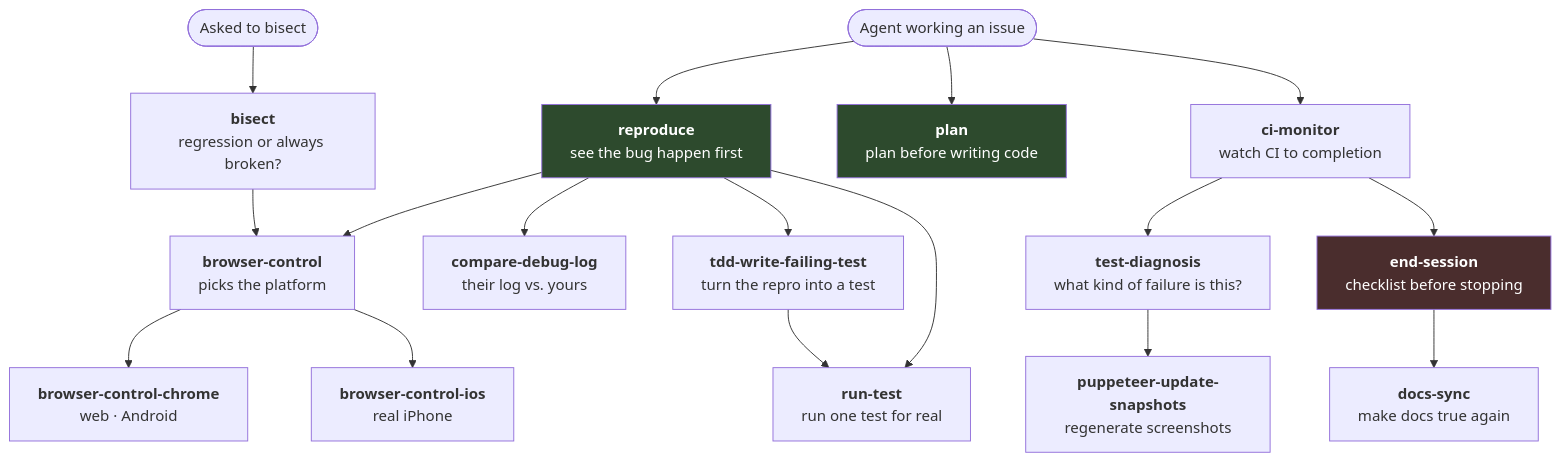
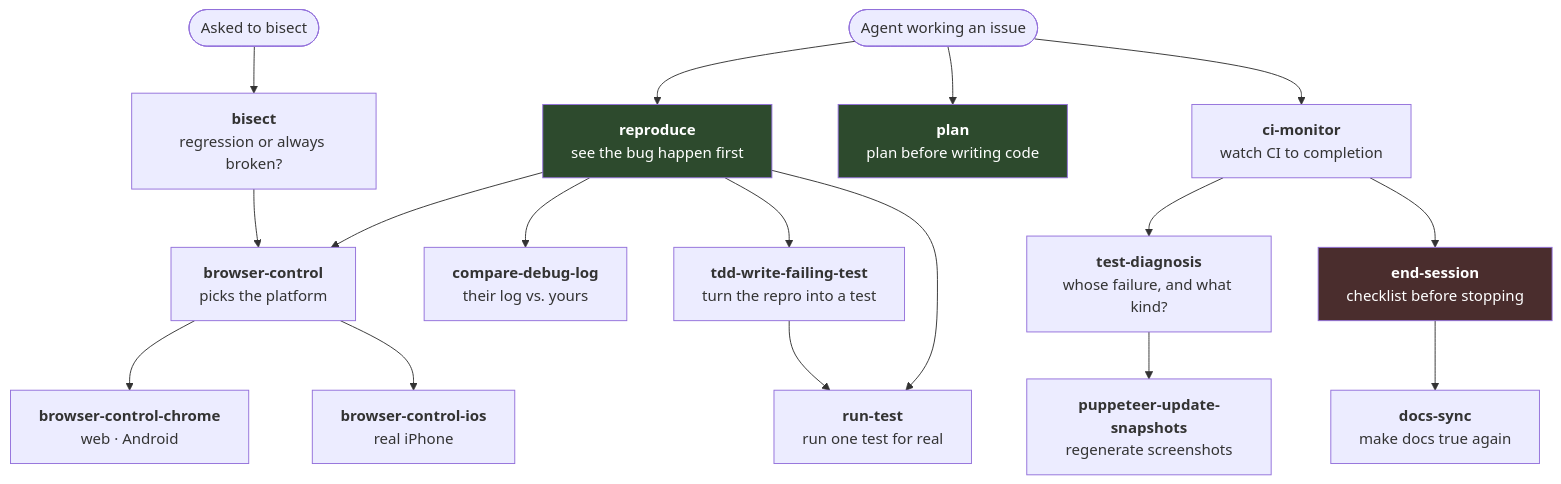
One commit to cybersemics/em changed the diagram in docs/agents/skills.md. Above: the diagram before and after it, drawn with Mermaid. The commit also changed other lines of this file and 8 other files, not shown here.

````diff
--- a/docs/agents/skills.md
+++ b/docs/agents/skills.md
@@ -16,44 +16,44 @@
 ```mermaid
 flowchart TD
     START(["Agent working an issue"])
 
     START --> REP["<b>reproduce</b><br/>see the bug happen first"]
     START --> PL["<b>plan</b><br/>plan before writing code"]
     START --> CM["<b>ci-monitor</b><br/>watch CI to completion"]
 
     REP --> BC["<b>browser-control</b><br/>picks the platform"]
     BC --> BCC["<b>browser-control-chrome</b><br/>web · Android"]
     BC --> BCI["<b>browser-control-ios</b><br/>real iPhone"]
     REP --> CDL["<b>compare-debug-log</b><br/>their log vs. yours"]
     REP --> TDD["<b>tdd-write-failing-test</b><br/>turn the repro into a test"]
     TDD --> RT["<b>run-test</b><br/>run one test for real"]
     REP --> RT
 
-    CM --> TD["<b>test-diagnosis</b><br/>what kind of failure is this?"]
+    CM --> TD["<b>test-diagnosis</b><br/>whose failure, and what kind?"]
     TD --> PUS["<b>puppeteer-update-snapshots</b><br/>regenerate screenshots"]
 
     CM --> ES["<b>end-session</b><br/>checklist before stopping"]
 
     ASK(["Asked to bisect"]) --> BIS["<b>bisect</b><br/>regression or always broken?"]
     BIS --> BC
     ES --> DS["<b>docs-sync</b><br/>make docs true again"]
 
     style REP fill:#2d4a2d,color:#fff
     style PL fill:#2d4a2d,color:#fff
     style ES fill:#4a2d2d,color:#fff
 
     click REP "https://github.com/cybersemics/em/blob/HEAD/docs/agents/skills.md#reproduce" "reproduce — see the failure before investigating"
     click PL "https://github.com/cybersemics/em/blob/HEAD/docs/agents/skills.md#plan" "plan — plan and critique before implementing"
     click ES "https://github.com/cybersemics/em/blob/HEAD/docs/agents/skills.md#end-session" "end-session — the exit checklist"
     click DS "https://github.com/cybersemics/em/blob/HEAD/docs/agents/skills.md#docs-sync" "docs-sync — keep documentation true"
     click BC "https://github.com/cybersemics/em/blob/HEAD/docs/agents/skills.md#browser-control" "browser-control — routes by platform"
     click BCC "https://github.com/cybersemics/em/blob/HEAD/docs/agents/skills.md#browser-control-chrome" "browser-control-chrome — web and Android"
     click BCI "https://github.com/cybersemics/em/blob/HEAD/docs/agents/skills.md#browser-control-ios" "browser-control-ios — real iPhone"
     click CDL "https://github.com/cybersemics/em/blob/HEAD/docs/agents/skills.md#compare-debug-log" "compare-debug-log — where their run and yours parted"
     click TDD "https://github.com/cybersemics/em/blob/HEAD/docs/agents/skills.md#tdd-write-failing-test" "tdd-write-failing-test — capture the bug"
     click RT "https://github.com/cybersemics/em/blob/HEAD/docs/agents/skills.md#run-test" "run-test — run one test for real"
     click CM "https://github.com/cybersemics/em/blob/HEAD/docs/agents/skills.md#ci-monitor" "ci-monitor — wait for every check"
     click TD "https://github.com/cybersemics/em/blob/HEAD/docs/agents/skills.md#test-diagnosis" "test-diagnosis — classify the failure"
     click BIS "https://github.com/cybersemics/em/blob/HEAD/docs/agents/skills.md#bisect" "bisect — find the commit that broke it"
     click PUS "https://github.com/cybersemics/em/blob/HEAD/docs/agents/skills.md#puppeteer-update-snapshots" "puppeteer-update-snapshots — regenerate screenshots"
 ```
````
